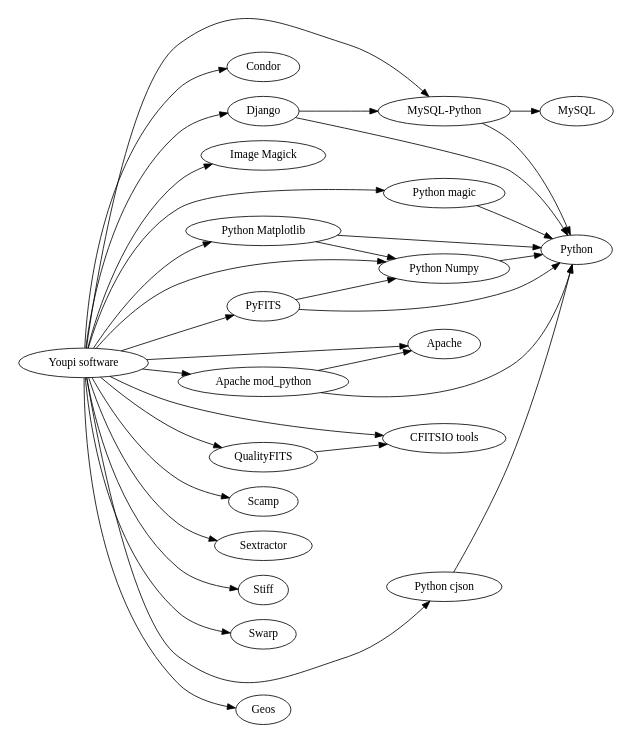
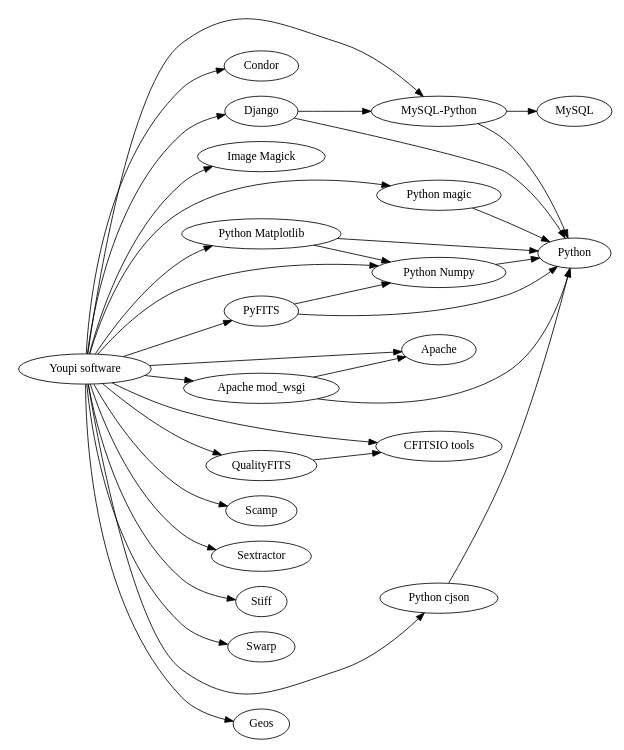
Before and after one commit to gotsunami/Youpi: the diagram in doc/handbook/figures/dependencies_tree_standalone.dot, drawn with Graphviz. The commit also changed 2 other files, not shown here.

```diff
--- a/doc/handbook/figures/dependencies_tree_standalone.dot
+++ b/doc/handbook/figures/dependencies_tree_standalone.dot
@@ -1,62 +1,62 @@
 digraph G {
 	size="5,5";
 	rankdir = LR;
 
 	youpi [label="Youpi software"];
 	cfitsio	[label="CFITSIO tools"];
 	condor [label="Condor"];
 	django [label="Django"];
 	magic [label="Image Magick"];
-	modpython [label="Apache mod_python"];
+	modwsgi [label="Apache mod_wsgi"];
 	mysqlpython [label="MySQL-Python"];
 	pyfits [label="PyFITS"];
 	python [label="Python"];
 	pythoncjson	[label="Python cjson"];
 	pythonmagic	[label="Python magic"];
 	pythonmplib	[label="Python Matplotlib"];
 	pythonnumpy	[label="Python Numpy"];
 	apache [label="Apache"];
 	mysql [label="MySQL"];
 
 	scamp [label="Scamp"];
 	sextractor [label="Sextractor"];
 	stiff [label="Stiff"];
 	swarp [label="Swarp"];
 	qfits [label="QualityFITS"];
 	geos [label="Geos"];
 
 	youpi -> apache;
 	youpi -> cfitsio;
 	youpi -> condor;
 	youpi -> django;
 	youpi -> magic;
-	youpi -> modpython;
+	youpi -> modwsgi;
 	youpi -> pyfits;
 	youpi -> pythoncjson;
 	youpi -> pythonmagic;
 	youpi -> pythonmplib;
 	youpi -> pythonnumpy;
 	youpi -> mysqlpython;
 	youpi -> geos;
 
 	youpi -> scamp;
 	youpi -> sextractor;
 	youpi -> stiff;
 	youpi -> swarp;
 	youpi -> qfits;
 
 	qfits -> cfitsio;
 	mysqlpython -> mysql;
 	django -> python;
 	django -> mysqlpython;
-	modpython -> apache;
-	modpython -> python;
+	modwsgi -> apache;
+	modwsgi -> python;
 	pythonmagic -> python;
 	pythonmplib -> python;
 	pythoncjson -> python;
 	pythonnumpy -> python;
 	mysqlpython -> python;
 	pyfits -> python;
 	pyfits -> pythonnumpy;
 	pythonmplib -> pythonnumpy;
 }
```
